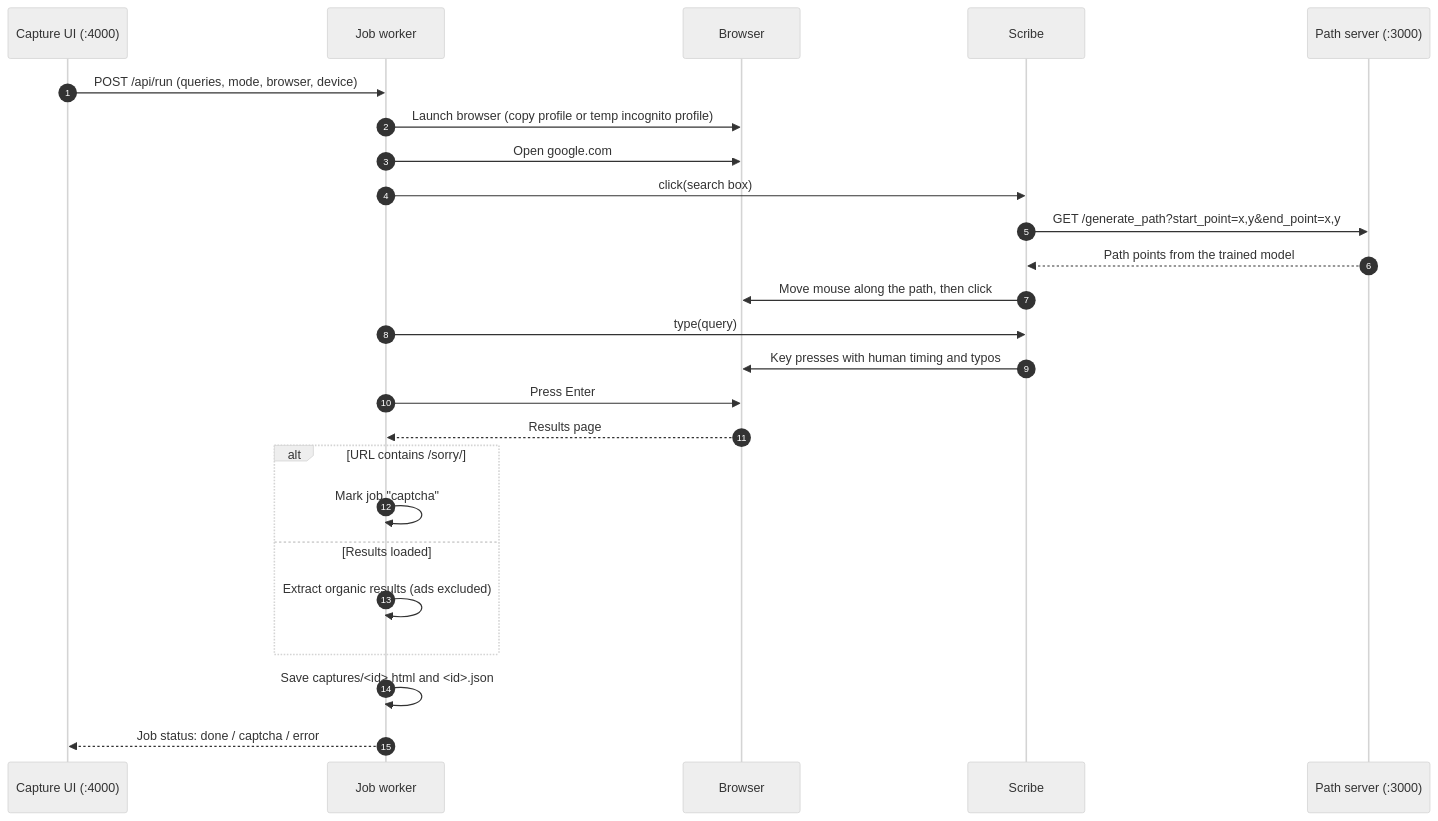
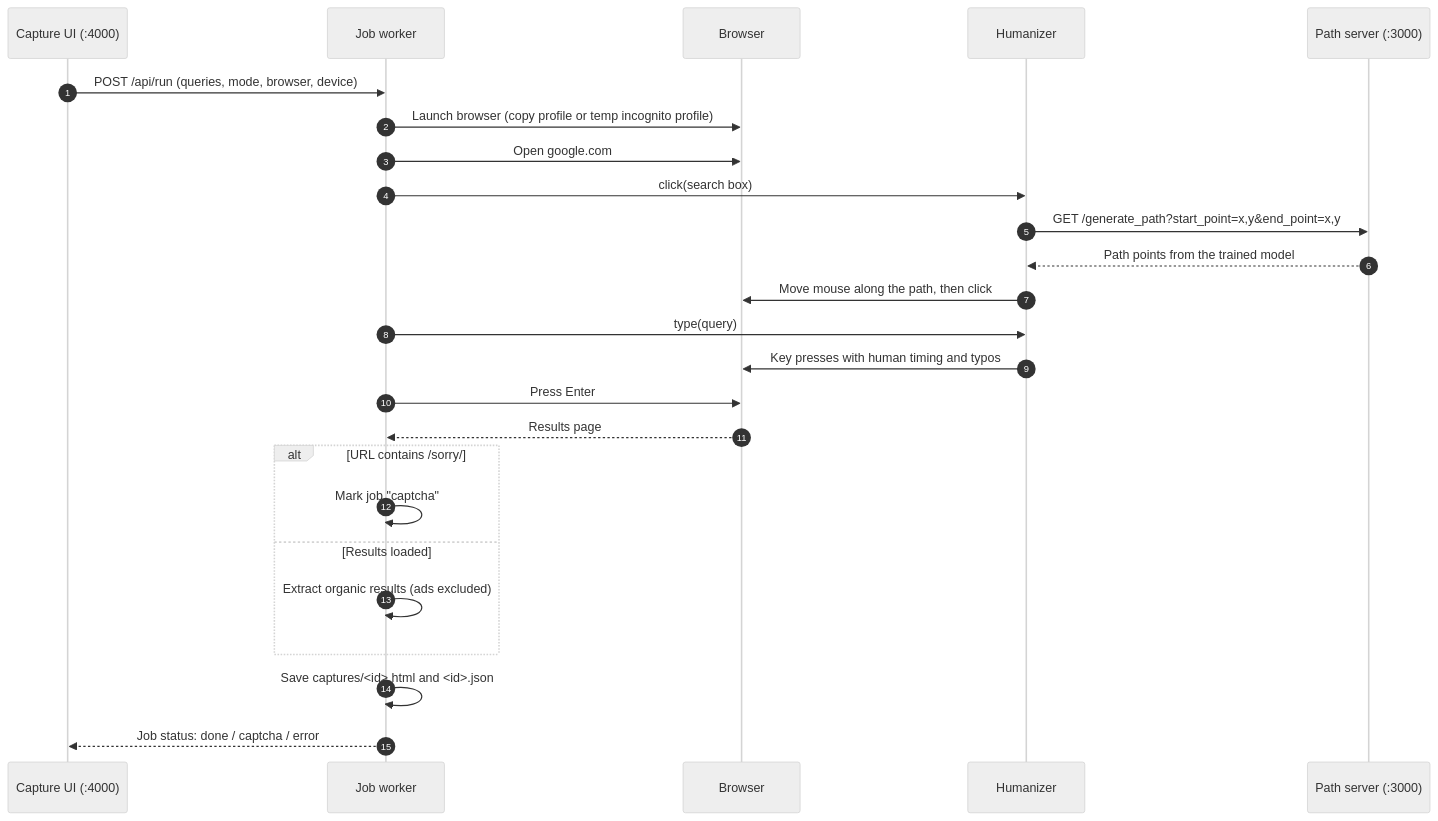
Before and after one commit to Ankulraja/Google-Search-Automation-Bypass-Captcha: the second of 4 diagrams in README.md, drawn with Mermaid (neutral theme). The commit also changed other lines of this file and 24 other files, not shown here.

````diff
--- a/README.md
+++ b/README.md
@@ -39,28 +35,28 @@
 ```mermaid
 sequenceDiagram
     autonumber
     participant UI as Capture UI (:4000)
     participant W as Job worker
     participant B as Browser
-    participant S as Scribe
+    participant S as Humanizer
     participant M as Path server (:3000)
 
     UI->>W: POST /api/run (queries, mode, browser, device)
     W->>B: Launch browser (copy profile or temp incognito profile)
     W->>B: Open google.com
     W->>S: click(search box)
     S->>M: GET /generate_path?start_point=x,y&end_point=x,y
     M-->>S: Path points from the trained model
     S->>B: Move mouse along the path, then click
     W->>S: type(query)
     S->>B: Key presses with human timing and typos
     W->>B: Press Enter
     B-->>W: Results page
     alt URL contains /sorry/
         W->>W: Mark job "captcha"
     else Results loaded
         W->>W: Extract organic results (ads excluded)
     end
     W->>W: Save captures/<id>.html and <id>.json
     W-->>UI: Job status: done / captcha / error
 ```
````
